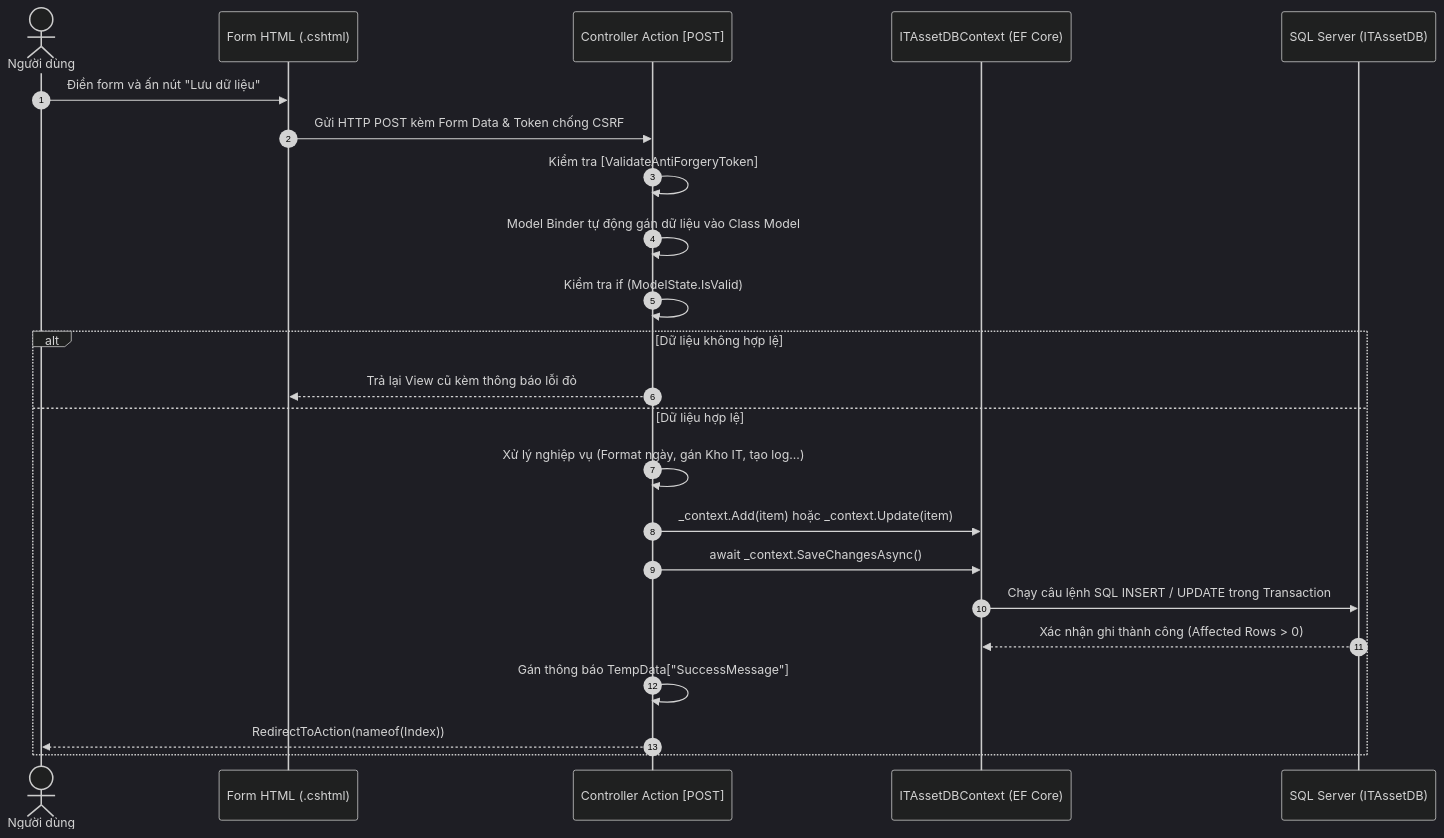
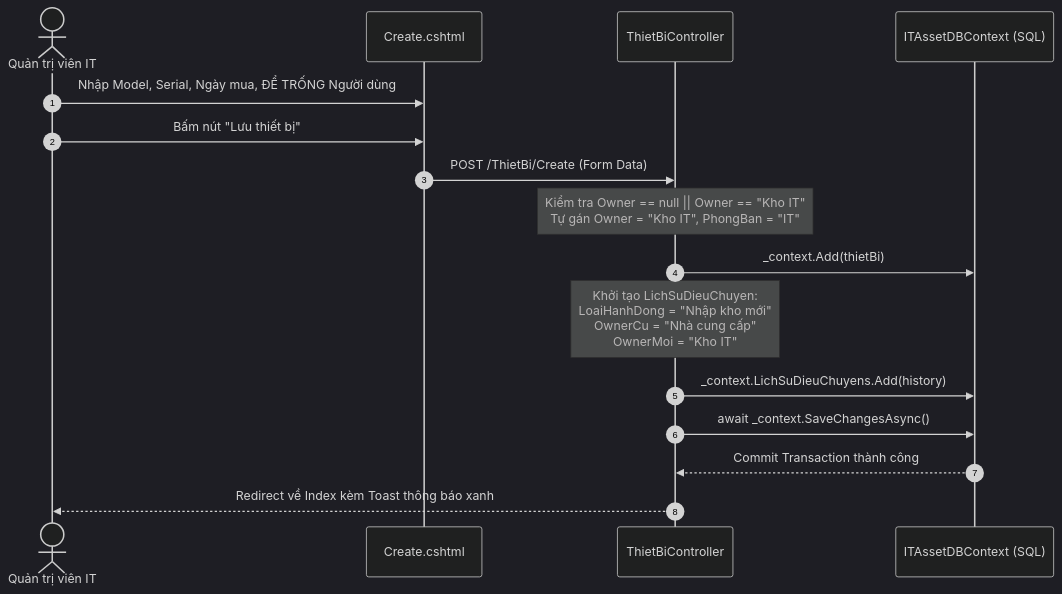
Before and after one commit to PSPSENKO68/HA_ITDeviceManager: the diagram in KIEN_THUC.md, drawn with Mermaid (dark theme). The commit also changed other lines of this file, not shown here.

Commit message:
docs: upgrade KIEN_THUC.md to academic thesis/whitepaper with theoretical foundation and architecture rationale

````diff
--- a/KIEN_THUC.md
+++ b/KIEN_THUC.md
@@ -140,26 +270,19 @@
 ```mermaid
 sequenceDiagram
     autonumber
-    actor User as Người dùng
-    participant V as Form HTML (.cshtml)
-    participant C as Controller Action [POST]
-    participant CTX as ITAssetDBContext (EF Core)
-    participant DB as SQL Server (ITAssetDB)
+    actor IT as Quản trị viên IT
+    participant V as Create.cshtml
+    participant C as ThietBiController
+    participant DB as ITAssetDBContext (SQL)
 
-    User->>V: Điền form và ấn nút "Lưu dữ liệu"
-    V->>C: Gửi HTTP POST kèm Form Data & Token chống CSRF
-    C->>C: Kiểm tra [ValidateAntiForgeryToken]
-    C->>C: Model Binder tự động gán dữ liệu vào Class Model
-    C->>C: Kiểm tra if (ModelState.IsValid)
-    alt Dữ liệu không hợp lệ
-        C-->>V: Trả lại View cũ kèm thông báo lỗi đỏ
-    else Dữ liệu hợp lệ
-        C->>C: Xử lý nghiệp vụ (Format ngày, gán Kho IT, tạo log...)
-        C->>CTX: _context.Add(item) hoặc _context.Update(item)
-        C->>CTX: await _context.SaveChangesAsync()
-        CTX->>DB: Chạy câu lệnh SQL INSERT / UPDATE trong Transaction
-        DB-->>CTX: Xác nhận ghi thành công (Affected Rows > 0)
-        C->>C: Gán thông báo TempData["SuccessMessage"]
-        C-->>User: RedirectToAction(nameof(Index))
-    end
+    IT->>V: Nhập Model, Serial, Ngày mua, ĐỂ TRỐNG Người dùng
+    IT->>V: Bấm nút "Lưu thiết bị"
+    V->>C: POST /ThietBi/Create (Form Data)
+    Note over C: Kiểm tra Owner == null || Owner == "Kho IT"<br/>Tự gán Owner = "Kho IT", PhongBan = "IT"
+    C->>DB: _context.Add(thietBi)
+    Note over C: Khởi tạo LichSuDieuChuyen:<br/>LoaiHanhDong = "Nhập kho mới"<br/>OwnerCu = "Nhà cung cấp"<br/>OwnerMoi = "Kho IT"
+    C->>DB: _context.LichSuDieuChuyens.Add(history)
+    C->>DB: await _context.SaveChangesAsync()
+    DB-->>C: Commit Transaction thành công
+    C-->>IT: Redirect về Index kèm Toast thông báo xanh
 ```
````
